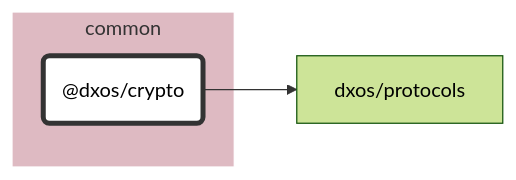
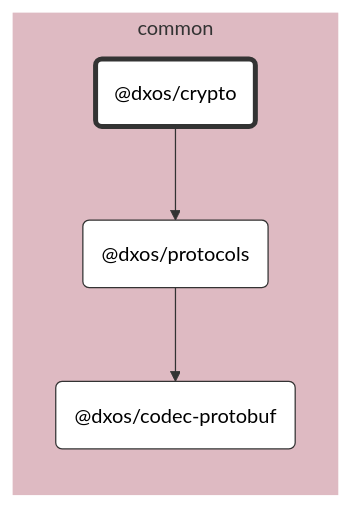
One commit to dxos/dxos changed the diagram in packages/common/crypto/docs/README.md. Above: the diagram before and after it, drawn with Mermaid (forest theme). The commit also changed 65 other files, not shown here.

````diff
--- a/packages/common/crypto/docs/README.md
+++ b/packages/common/crypto/docs/README.md
@@ -7,21 +7,26 @@
 ```mermaid
 %%{ init: {'flowchart':{'curve':'basis'}} }%%
 
 flowchart LR
 
 %% Classes
 classDef def fill:#fff,stroke:#333,stroke-width:1px
 classDef root fill:#fff,stroke:#333,stroke-width:4px
 
 %% Nodes
 
 subgraph common [common]
   style common fill:#debac2,stroke:#fff
   dxos/crypto("@dxos/crypto"):::root
   click dxos/crypto "dxos/dxos/tree/main/packages/common/crypto/docs"
+  dxos/protocols("@dxos/protocols"):::def
+  click dxos/protocols "dxos/dxos/tree/main/packages/common/protocols/docs"
+  dxos/codec-protobuf("@dxos/codec-protobuf"):::def
+  click dxos/codec-protobuf "dxos/dxos/tree/main/packages/common/codec-protobuf/docs"
 end
 
 %% Links
 linkStyle default stroke:#333,stroke-width:1px
 dxos/crypto --> dxos/protocols
+dxos/protocols --> dxos/codec-protobuf
 ```
````
